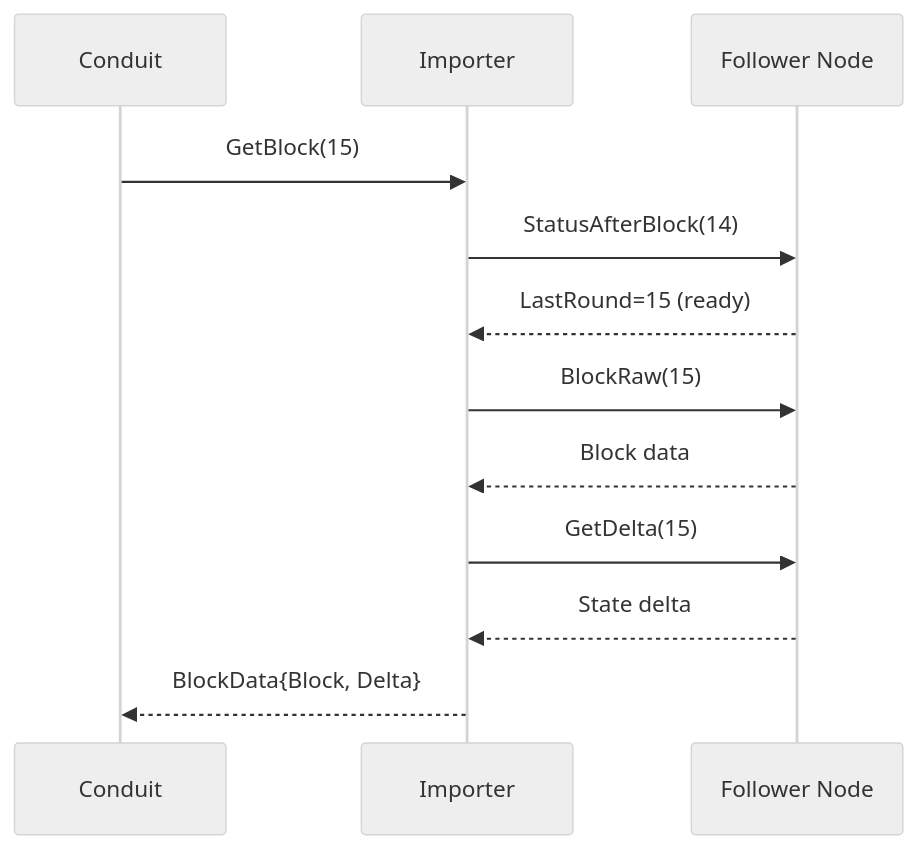
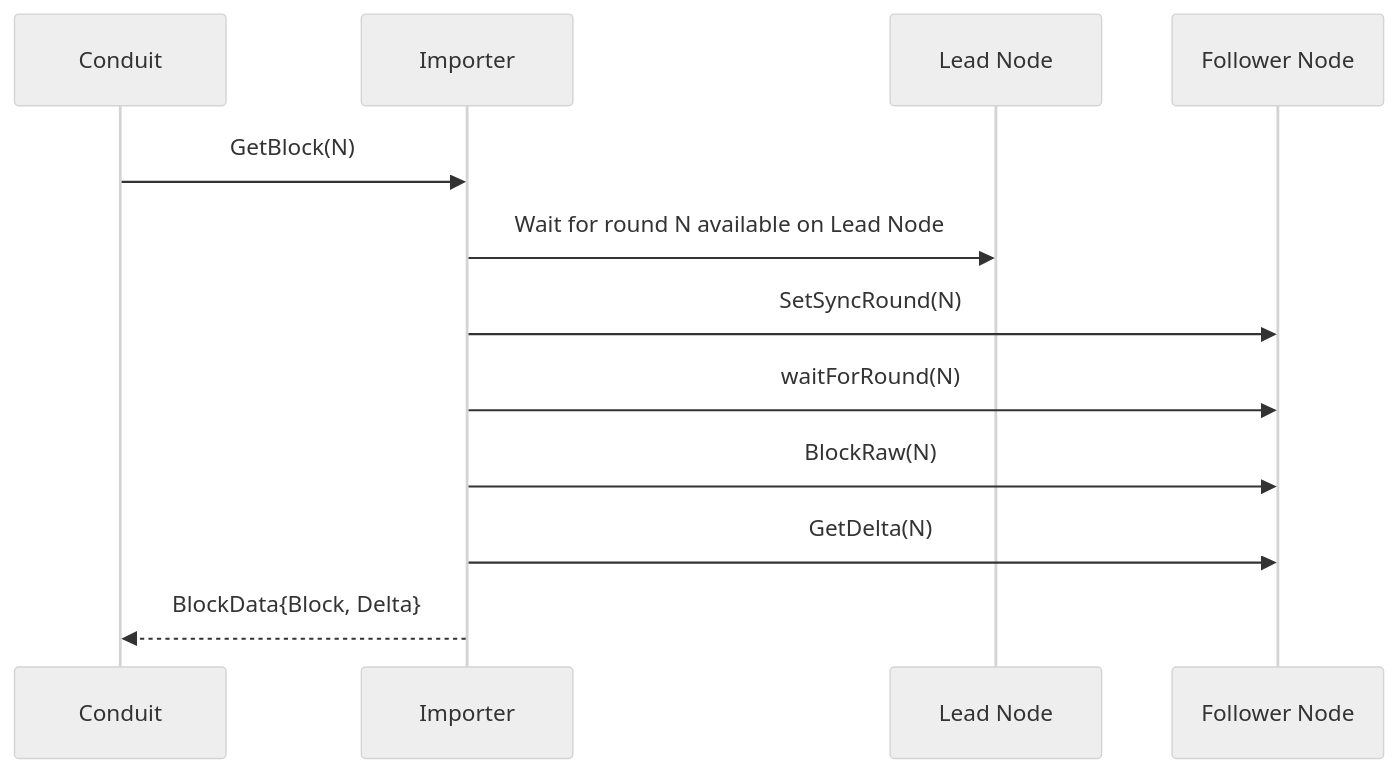
Before and after one commit to algorandfoundation/algokit-conduit-localnet-importer: the first of 2 diagrams in README.md, drawn with Mermaid (neutral theme). The commit also changed other lines of this file and 10 other files, not shown here.

````diff
--- a/README.md
+++ b/README.md
@@ -75,15 +18,15 @@
 ```mermaid
 sequenceDiagram
     participant C as Conduit
     participant I as Importer
+    participant L as Lead Node
     participant F as Follower Node
 
-    C->>I: GetBlock(15)
-    I->>F: StatusAfterBlock(14)
-    F-->>I: LastRound=15 (ready)
-    I->>F: BlockRaw(15)
-    F-->>I: Block data
-    I->>F: GetDelta(15)
-    F-->>I: State delta
+    C->>I: GetBlock(N)
+    I->>L: Wait for round N available on Lead Node
+    I->>F: SetSyncRound(N)
+    I->>F: waitForRound(N)
+    I->>F: BlockRaw(N)
+    I->>F: GetDelta(N)
     I-->>C: BlockData{Block, Delta}
 ```
````
